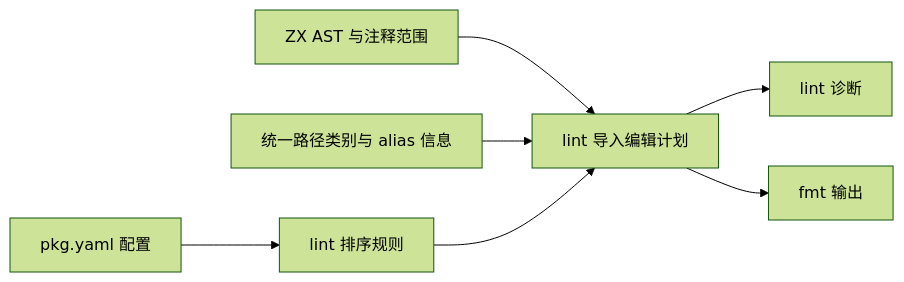
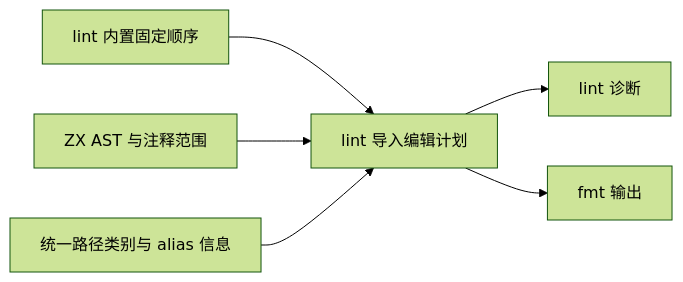
The first of 2 diagrams in docs/2026-10-05/导入排序规则设计.md (MatrixAges/zxc), drawn with Mermaid (forest theme) before and after one commit. The commit also changed other lines of this file and 2 other files, not shown here.

````diff
--- a/docs/2026-10-05/导入排序规则设计.md
+++ b/docs/2026-10-05/导入排序规则设计.md
@@ -89,9 +75,8 @@
 ```mermaid
 flowchart LR
-  Manifest[pkg.yaml 配置] --> Rules[lint 排序规则]
+  Rules[lint 内置固定顺序] --> Plan[lint 导入编辑计划]
   Parser[ZX AST 与注释范围] --> Plan[lint 导入编辑计划]
   Paths[统一路径类别与 alias 信息] --> Plan
-  Rules --> Plan
   Plan --> Check[lint 诊断]
   Plan --> Format[fmt 输出]
 ```
````
